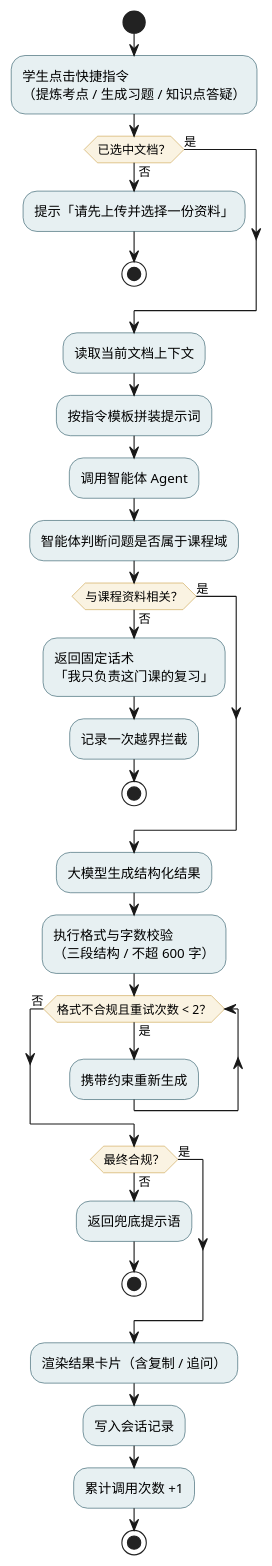
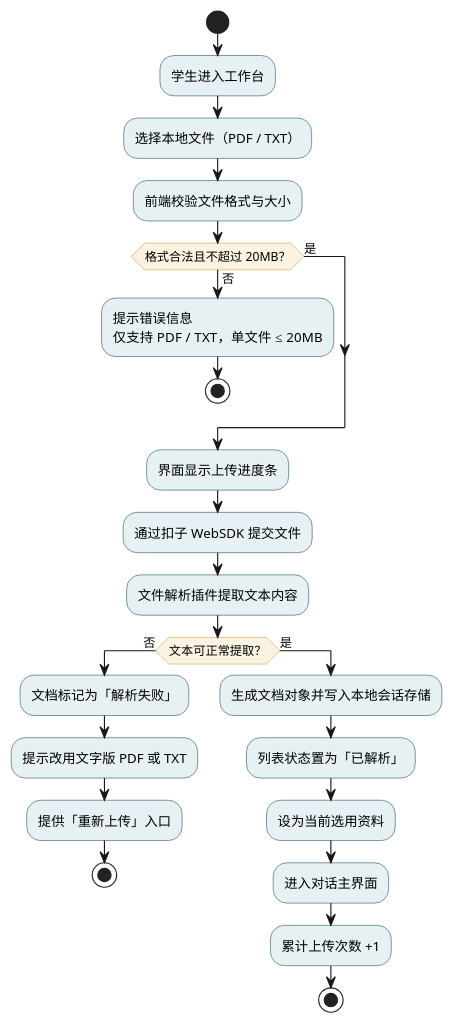
The diagram in review-ai/docs/uml/02-活动图-文档上传流程.puml (zhenglebing/cheng-qun-jie-dui), drawn with PlantUML before and after one commit. The commit also changed 23 other files, not shown here.

Commit message:
Correct UML filenames and include ER diagram

```diff
--- a/review-ai/docs/uml/02-活动图-文档上传流程.puml
+++ b/review-ai/docs/uml/02-活动图-文档上传流程.puml
@@ -1,42 +1,36 @@
 @startuml
 skinparam defaultFontName "Microsoft YaHei"
 skinparam shadowing false
 skinparam activity {
   BackgroundColor #E7F0F2
   BorderColor #1B4B5A
   DiamondBackgroundColor #FAF3E2
   DiamondBorderColor #C89B3C
 }
 
 start
-:学生点击快捷指令\n（提炼考点 / 生成习题 / 知识点答疑）;
-if (已选中文档？) then (否)
-  :提示「请先上传并选择一份资料」;
+:学生进入工作台;
+:选择本地文件（PDF / TXT）;
+:前端校验文件格式与大小;
+if (格式合法且不超过 20MB？) then (否)
+  :提示错误信息\n仅支持 PDF / TXT，单文件 ≤ 20MB;
   stop
 else (是)
 endif
-:读取当前文档上下文;
-:按指令模板拼装提示词;
-:调用智能体 Agent;
-:智能体判断问题是否属于课程域;
-if (与课程资料相关？) then (否)
-  :返回固定话术\n「我只负责这门课的复习」;
-  :记录一次越界拦截;
+:界面显示上传进度条;
+:通过扣子 WebSDK 提交文件;
+:文件解析插件提取文本内容;
+if (文本可正常提取？) then (否)
+  :文档标记为「解析失败」;
+  :提示改用文字版 PDF 或 TXT;
+  :提供「重新上传」入口;
   stop
 else (是)
+  :生成文档对象并写入本地会话存储;
+  :列表状态置为「已解析」;
+  :设为当前选用资料;
+  :进入对话主界面;
+  :累计上传次数 +1;
+  stop
 endif
-:大模型生成结构化结果;
-:执行格式与字数校验\n（三段结构 / 不超 600 字）;
-while (格式不合规且重试次数 < 2？) is (是)
-  :携带约束重新生成;
-endwhile (否)
-if (最终合规？) then (否)
-  :返回兜底提示语;
-  stop
-else (是)
-endif
-:渲染结果卡片（含复制 / 追问）;
-:写入会话记录;
-:累计调用次数 +1;
-stop
 @enduml
```
